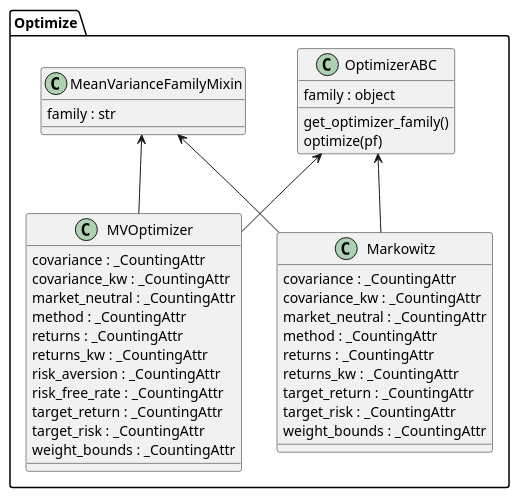
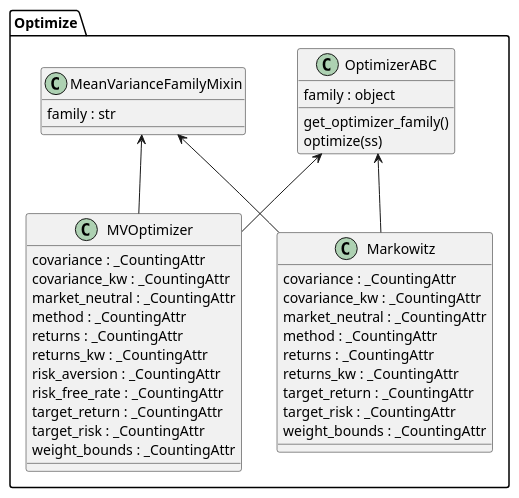
One commit to quatrope/garpar changed the diagram in assets/diagrams/classes_optimize.puml. Above: the diagram before and after it, drawn with PlantUML. The commit also changed 48 other files, not shown here.

```diff
--- a/assets/diagrams/classes_optimize.puml
+++ b/assets/diagrams/classes_optimize.puml
@@ -1,44 +1,44 @@
 @startuml classes_optimize
 set namespaceSeparator none
 
 package Optimize {
   class "MVOptimizer" as garpar.optimize.mean_variance.MVOptimizer {
     covariance : _CountingAttr
     covariance_kw : _CountingAttr
     market_neutral : _CountingAttr
     method : _CountingAttr
     returns : _CountingAttr
     returns_kw : _CountingAttr
     risk_aversion : _CountingAttr
     risk_free_rate : _CountingAttr
     target_return : _CountingAttr
     target_risk : _CountingAttr
     weight_bounds : _CountingAttr
   }
   class "Markowitz" as garpar.optimize.mean_variance.Markowitz {
     covariance : _CountingAttr
     covariance_kw : _CountingAttr
     market_neutral : _CountingAttr
     method : _CountingAttr
     returns : _CountingAttr
     returns_kw : _CountingAttr
     target_return : _CountingAttr
     target_risk : _CountingAttr
     weight_bounds : _CountingAttr
   }
   class "MeanVarianceFamilyMixin" as garpar.optimize.opt_base.MeanVarianceFamilyMixin {
     family : str
   }
   class "OptimizerABC" as garpar.optimize.opt_base.OptimizerABC {
     family : object
     get_optimizer_family()
-    optimize(pf)
+    optimize(ss)
   }
 }
 
 garpar.optimize.mean_variance.MVOptimizer -u-> garpar.optimize.opt_base.MeanVarianceFamilyMixin
 garpar.optimize.mean_variance.MVOptimizer -u-> garpar.optimize.opt_base.OptimizerABC
 garpar.optimize.mean_variance.Markowitz -u-> garpar.optimize.opt_base.MeanVarianceFamilyMixin
 garpar.optimize.mean_variance.Markowitz -u-> garpar.optimize.opt_base.OptimizerABC
 
 @enduml
```
